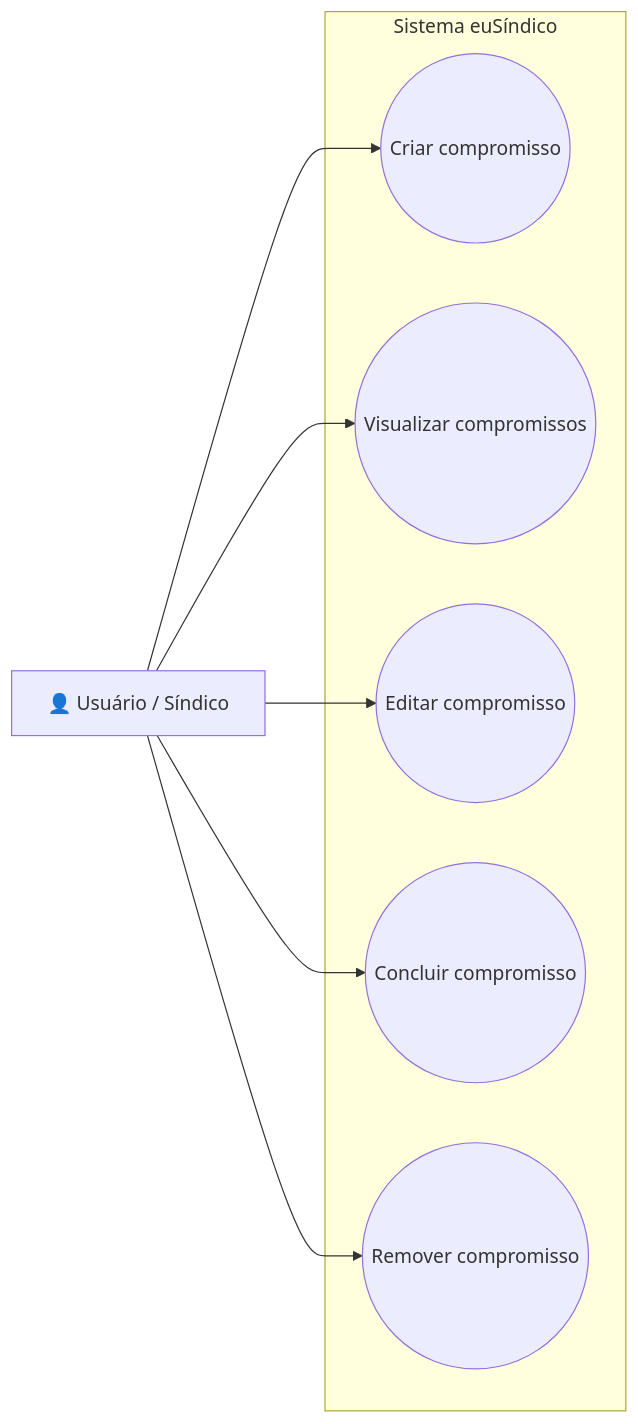
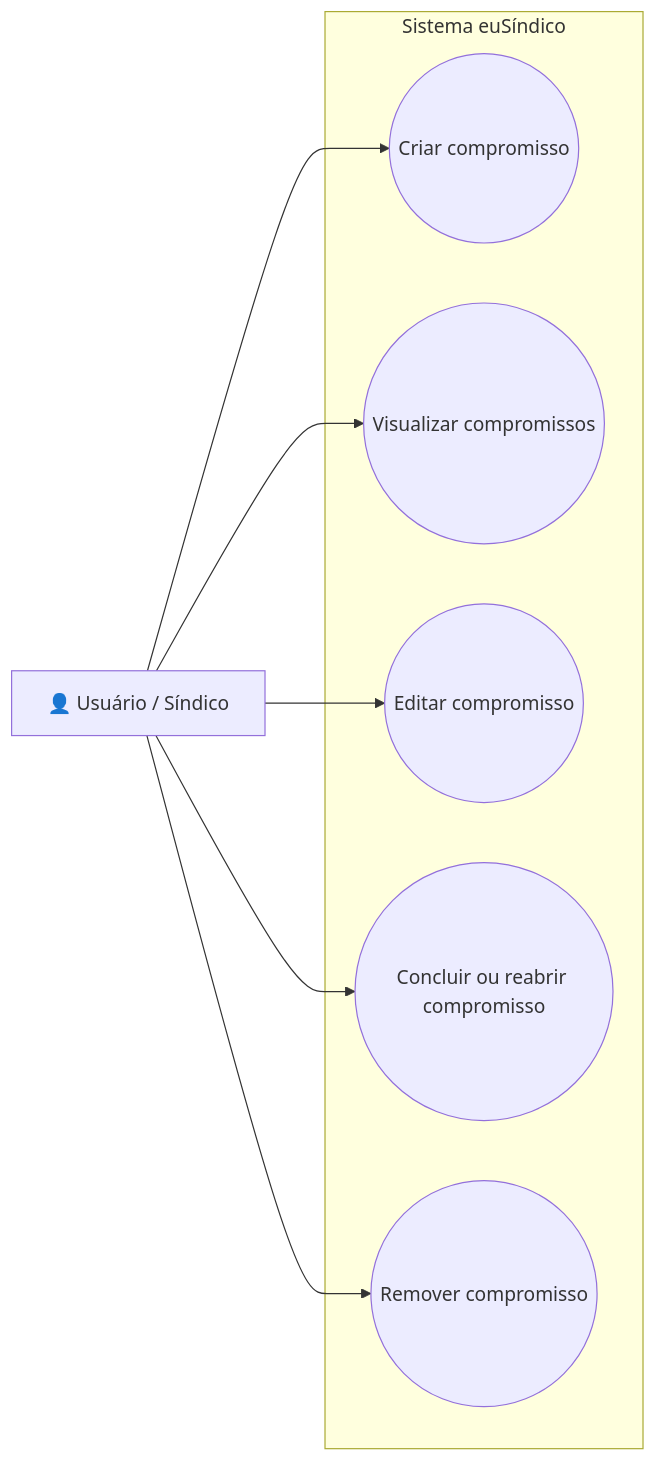
Before and after one commit to pdrollucas/euSindico: the third of 16 diagrams in documentation/RFC/RFC.md, drawn with Mermaid. The commit also changed other lines of this file and 49 other files, not shown here.

````diff
--- a/documentation/RFC/RFC.md
+++ b/documentation/RFC/RFC.md
@@ -288,21 +288,21 @@
 ```mermaid
 flowchart LR
 
     usuario[👤 Usuário / Síndico]
 
     subgraph euSindico [Sistema euSíndico]
 
         UC1((Criar compromisso))
         UC2((Visualizar compromissos))
         UC3((Editar compromisso))
-        UC4((Concluir compromisso))
+        UC4((Concluir ou reabrir compromisso))
         UC5((Remover compromisso))
 
     end
 
     usuario --> UC1
     usuario --> UC2
     usuario --> UC3
     usuario --> UC4
     usuario --> UC5
 ```
````
